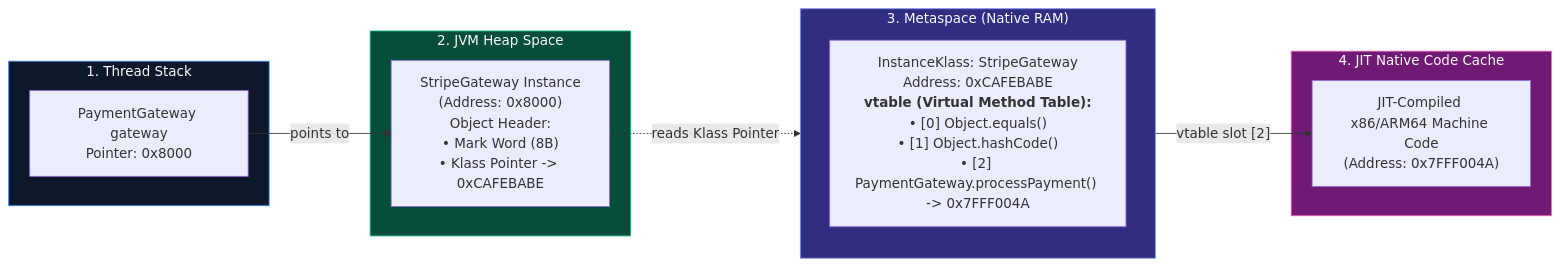
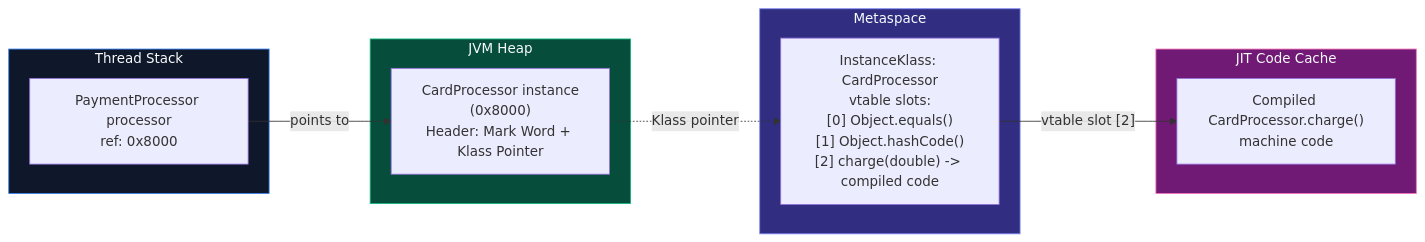
The second of 3 diagrams in content/roadmap/level-1/polymorphism.md (ravishankar2463/java_hub), drawn with Mermaid before and after one commit. The commit also changed other lines of this file and 119 other files, not shown here.

Commit message:
feat: add comprehensive java learning roadmap content across multiple levels

````diff
--- a/content/roadmap/level-1/polymorphism.md
+++ b/content/roadmap/level-1/polymorphism.md
@@ -74,28 +120,27 @@
 ```mermaid
 flowchart LR
-    subgraph Stack ["1. Thread Stack"]
-        Ref["PaymentGateway gateway<br/>Pointer: 0x8000"]
+    subgraph Stack ["Thread Stack"]
+        Ref["PaymentProcessor processor<br/>ref: 0x8000"]
     end
 
-    subgraph Heap ["2. JVM Heap Space"]
-        Obj["StripeGateway Instance<br/>(Address: 0x8000)<br/>Object Header:<br/>• Mark Word (8B)<br/>• Klass Pointer -> 0xCAFEBABE"]
+    subgraph Heap ["JVM Heap"]
+        Obj["CardProcessor instance<br/>(0x8000)<br/>Header: Mark Word + Klass Pointer"]
     end
 
-    subgraph Metaspace ["3. Metaspace (Native RAM)"]
-        direction TB
-        ClassMeta["InstanceKlass: StripeGateway<br/>Address: 0xCAFEBABE<br/><b>vtable (Virtual Method Table):</b><br/>• [0] Object.equals()<br/>• [1] Object.hashCode()<br/>• [2] PaymentGateway.processPayment() -> 0x7FFF004A"]
+    subgraph Metaspace ["Metaspace"]
+        ClassMeta["InstanceKlass: CardProcessor<br/>vtable slots:<br/>[0] Object.equals()<br/>[1] Object.hashCode()<br/>[2] charge(double) -> compiled code"]
     end
 
-    subgraph CodeCache ["4. JIT Native Code Cache"]
-        MachCode["JIT-Compiled x86/ARM64 Machine Code<br/>(Address: 0x7FFF004A)"]
+    subgraph CodeCache ["JIT Code Cache"]
+        MachCode["Compiled CardProcessor.charge()<br/>machine code"]
     end
 
     Ref -->|"points to"| Obj
-    Obj -.->|"reads Klass Pointer"| ClassMeta
+    Obj -.->|"Klass pointer"| ClassMeta
     ClassMeta -->|"vtable slot [2]"| MachCode
 
     style Stack fill:#0f172a,stroke:#3b82f6,color:#f8fafc
     style Heap fill:#064e3b,stroke:#10b981,color:#f8fafc
     style Metaspace fill:#312e81,stroke:#818cf8,color:#f8fafc
     style CodeCache fill:#701a75,stroke:#f472b6,color:#f8fafc
 ```
````
